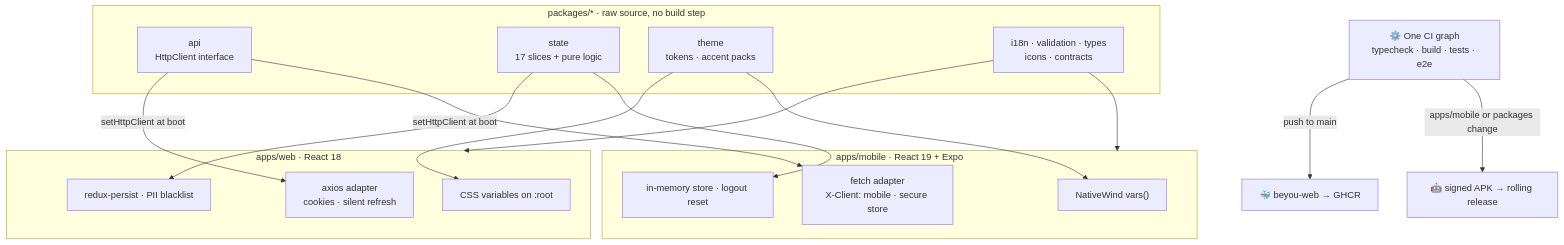
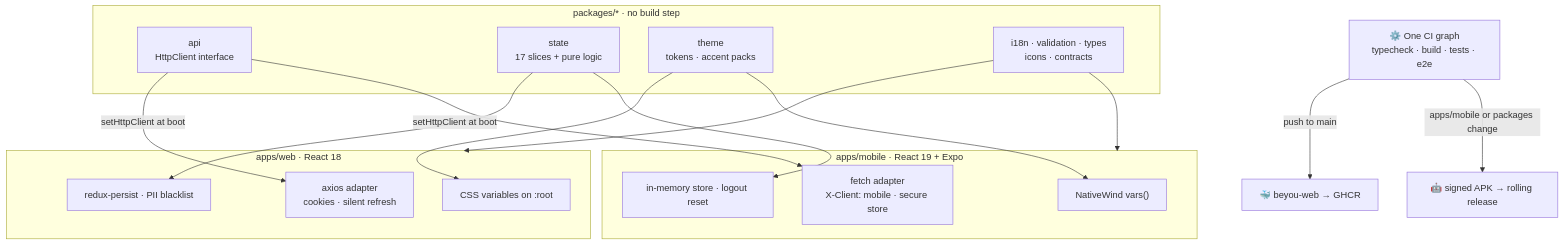
The diagram in architecture/monorepo/diagram.mmd (AndDev741/Beyou-arch-design), drawn with Mermaid before and after one commit. The commit also changed 8 other files, not shown here.

First line of the commit message:
docs(blog): the AI agent cascade post, plus diagram layout fixes

```diff
--- a/architecture/monorepo/diagram.mmd
+++ b/architecture/monorepo/diagram.mmd
@@ -1,32 +1,32 @@
 flowchart TD
-  subgraph pkgs["packages/* · raw source, no build step"]
+  subgraph pkgs["packages/* · no build step"]
     API["api<br/>HttpClient interface"]
     ST["state<br/>17 slices + pure logic"]
     TH["theme<br/>tokens · accent packs"]
     I18["i18n · validation · types<br/>icons · contracts"]
   end
 
   subgraph web["apps/web · React 18"]
     WAD["axios adapter<br/>cookies · silent refresh"]
     WPR["redux-persist · PII blacklist"]
     WCSS["CSS variables on :root"]
   end
 
   subgraph mob["apps/mobile · React 19 + Expo"]
     MAD["fetch adapter<br/>X-Client: mobile · secure store"]
     MST["in-memory store · logout reset"]
     MNW["NativeWind vars()"]
   end
 
   API -->|"setHttpClient at boot"| WAD
   API -->|"setHttpClient at boot"| MAD
   ST --> WPR
   ST --> MST
   TH --> WCSS
   TH --> MNW
   I18 --> web
   I18 --> mob
 
   CI["⚙️ One CI graph<br/>typecheck · build · tests · e2e"]
   CI -->|"push to main"| GHCR["🐳 beyou-web → GHCR"]
   CI -->|"apps/mobile or packages change"| APK["🤖 signed APK → rolling release"]
```
